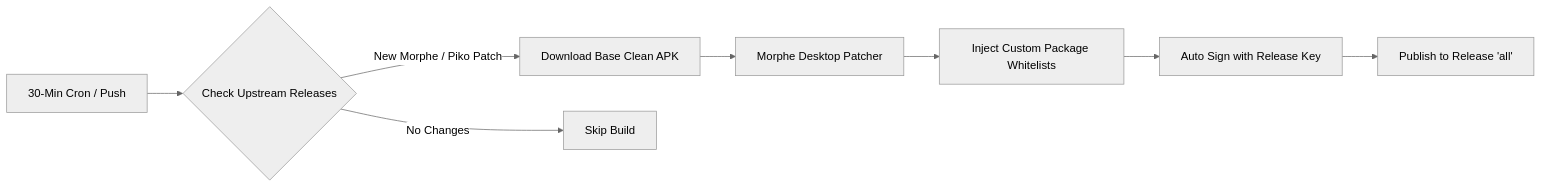
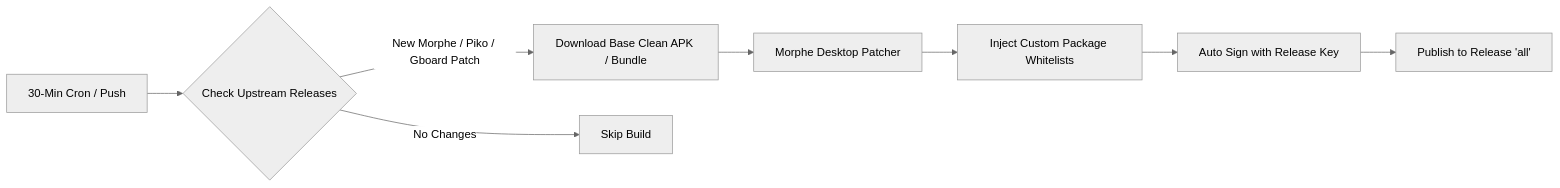
Before and after one commit to SamuelAdmand/Morphe-automated-builds: the diagram in README.md, drawn with Mermaid (neutral theme). The commit also changed other lines of this file and 9 other files, not shown here.

Commit message:
feat: add patched Gboard support from jasonwu1994/Gboard-patches (bundle and APK)

````diff
--- a/README.md
+++ b/README.md
@@ -168,10 +184,10 @@
 ```mermaid
 flowchart LR
     A[30-Min Cron / Push] --> B{Check Upstream Releases}
-    B -->|New Morphe / Piko Patch| C[Download Base Clean APK]
+    B -->|New Morphe / Piko / Gboard Patch| C[Download Base Clean APK / Bundle]
     B -->|No Changes| D[Skip Build]
     C --> E[Morphe Desktop Patcher]
     E --> F[Inject Custom Package Whitelists]
     F --> G[Auto Sign with Release Key]
     G --> H[Publish to Release 'all']
 ```
````
